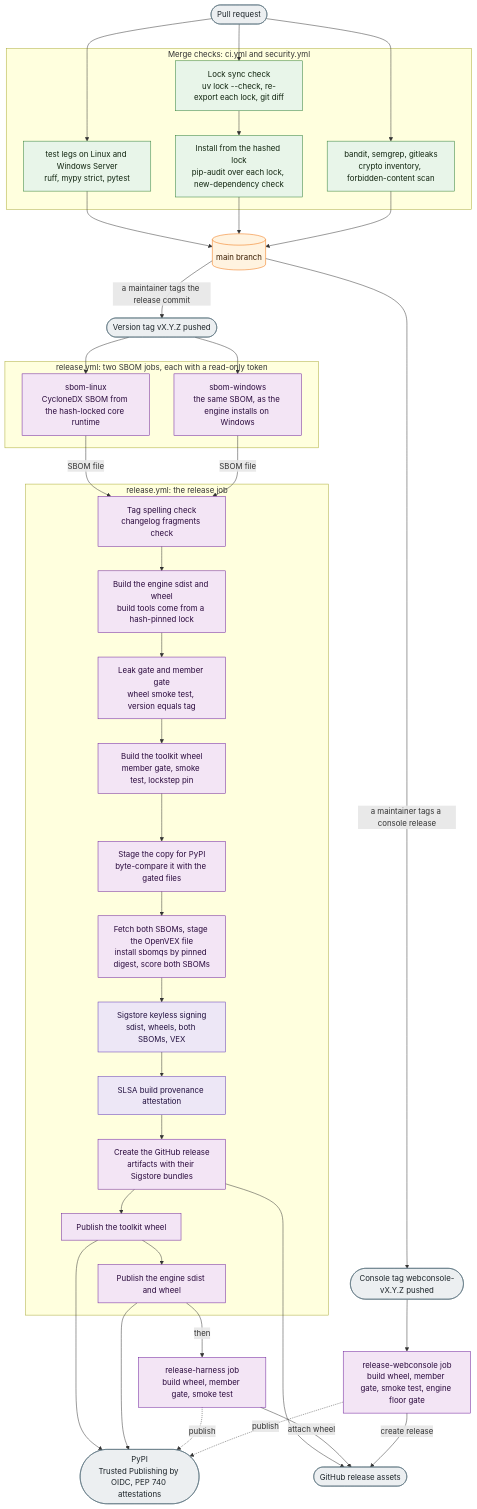
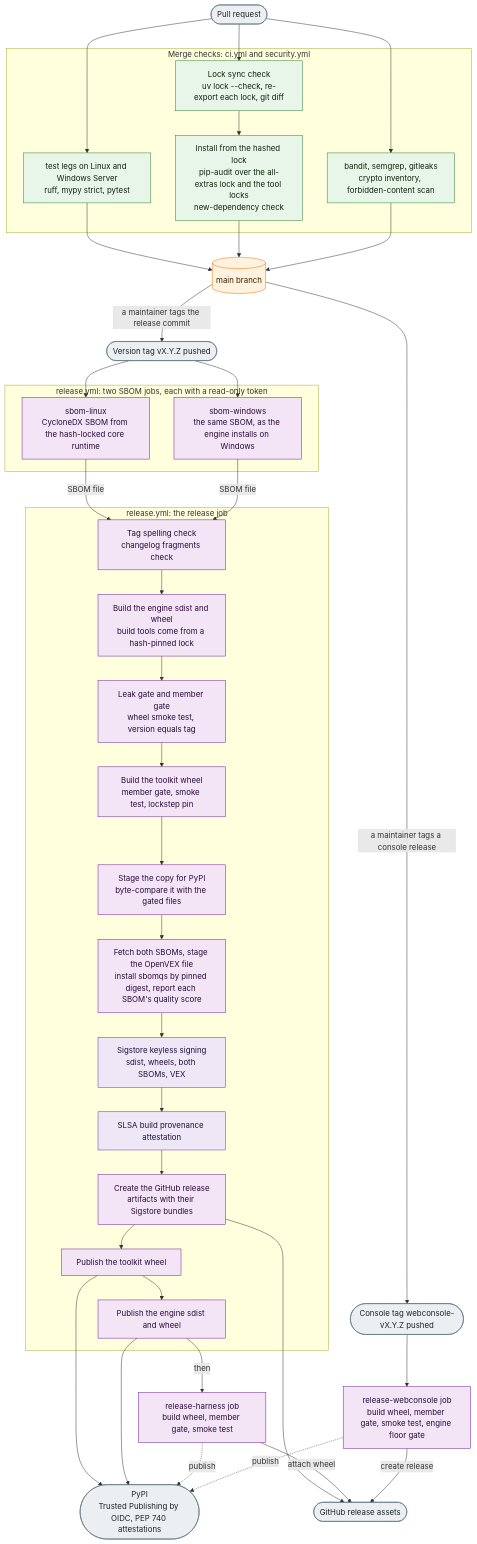
The diagram in docs/SUPPLY-CHAIN.md (MEFORORG/MessageFoundry), drawn with Mermaid before and after one commit. The commit also changed other lines of this file and 2 other files, not shown here.

First line of the commit message:
docs(diagrams): apply code-review round one to the three new diagrams

````diff
--- a/docs/SUPPLY-CHAIN.md
+++ b/docs/SUPPLY-CHAIN.md
@@ -18,79 +18,79 @@
 ```mermaid
 flowchart TB
   classDef core fill:#e8f5e9,stroke:#2e7d32,color:#10240f;
   classDef api fill:#ede7f6,stroke:#5e35b1,color:#22103f;
   classDef store fill:#fff3e0,stroke:#ef6c00,color:#3a1d00;
   classDef ext fill:#eceff1,stroke:#546e7a,color:#1c2429;
   classDef build fill:#f3e5f5,stroke:#6a1b9a,color:#2a0a3d;
 
   PR(["Pull request"]):::ext
 
   subgraph CHECKS["Merge checks: ci.yml and security.yml"]
     TESTS["test legs on Linux and Windows Server<br/>ruff, mypy strict, pytest"]:::core
     LOCKS["Lock sync check<br/>uv lock --check, re-export each lock, git diff"]:::core
-    AUDIT["Install from the hashed lock<br/>pip-audit over each lock, new-dependency check"]:::core
+    AUDIT["Install from the hashed lock<br/>pip-audit over the all-extras lock and the tool locks<br/>new-dependency check"]:::core
     SAST["bandit, semgrep, gitleaks<br/>crypto inventory, forbidden-content scan"]:::core
   end
 
   MAIN[("main branch")]:::store
   TAG(["Version tag vX.Y.Z pushed"]):::ext
 
   subgraph SBOMS["release.yml: two SBOM jobs, each with a read-only token"]
     SBL["sbom-linux<br/>CycloneDX SBOM from the hash-locked core runtime"]:::build
     SBW["sbom-windows<br/>the same SBOM, as the engine installs on Windows"]:::build
   end
 
   subgraph RELJOB["release.yml: the release job"]
     PRE["Tag spelling check<br/>changelog fragments check"]:::build
     BUILD["Build the engine sdist and wheel<br/>build tools come from a hash-pinned lock"]:::build
     GATE["Leak gate and member gate<br/>wheel smoke test, version equals tag"]:::build
     TKIT["Build the toolkit wheel<br/>member gate, smoke test, lockstep pin"]:::build
     STAGE["Stage the copy for PyPI<br/>byte-compare it with the gated files"]:::build
-    SBOMIN["Fetch both SBOMs, stage the OpenVEX file<br/>install sbomqs by pinned digest, score both SBOMs"]:::build
+    SBOMIN["Fetch both SBOMs, stage the OpenVEX file<br/>install sbomqs by pinned digest, report each SBOM's quality score"]:::build
     SIGN["Sigstore keyless signing<br/>sdist, wheels, both SBOMs, VEX"]:::api
     SLSA["SLSA build provenance attestation"]:::api
     GHREL["Create the GitHub release<br/>artifacts with their Sigstore bundles"]:::build
     PUBTK["Publish the toolkit wheel"]:::build
     PUBENG["Publish the engine sdist and wheel"]:::build
   end
 
   HARN["release-harness job<br/>build wheel, member gate, smoke test"]:::build
   TAGW(["Console tag webconsole-vX.Y.Z pushed"]):::ext
   WEB["release-webconsole job<br/>build wheel, member gate, smoke test, engine floor gate"]:::build
 
   GH(["GitHub release assets"]):::ext
   PYPI(["PyPI<br/>Trusted Publishing by OIDC, PEP 740 attestations"]):::ext
 
   PR --> TESTS
   PR --> LOCKS
   PR --> SAST
   LOCKS --> AUDIT
   TESTS --> MAIN
   AUDIT --> MAIN
   SAST --> MAIN
   MAIN -->|"a maintainer tags the release commit"| TAG
   TAG --> SBL
   TAG --> SBW
   SBL -->|"SBOM file"| PRE
   SBW -->|"SBOM file"| PRE
   PRE --> BUILD
   BUILD --> GATE
   GATE --> TKIT
   TKIT --> STAGE
   STAGE --> SBOMIN
   SBOMIN --> SIGN
   SIGN --> SLSA
   SLSA --> GHREL
   GHREL --> PUBTK
   PUBTK --> PUBENG
   GHREL --> GH
   PUBTK --> PYPI
   PUBENG --> PYPI
   PUBENG -->|"then"| HARN
   HARN -->|"attach wheel"| GH
   HARN -.->|"publish"| PYPI
   MAIN -->|"a maintainer tags a console release"| TAGW
   TAGW --> WEB
   WEB -->|"create release"| GH
   WEB -.->|"publish"| PYPI
 ```
````
